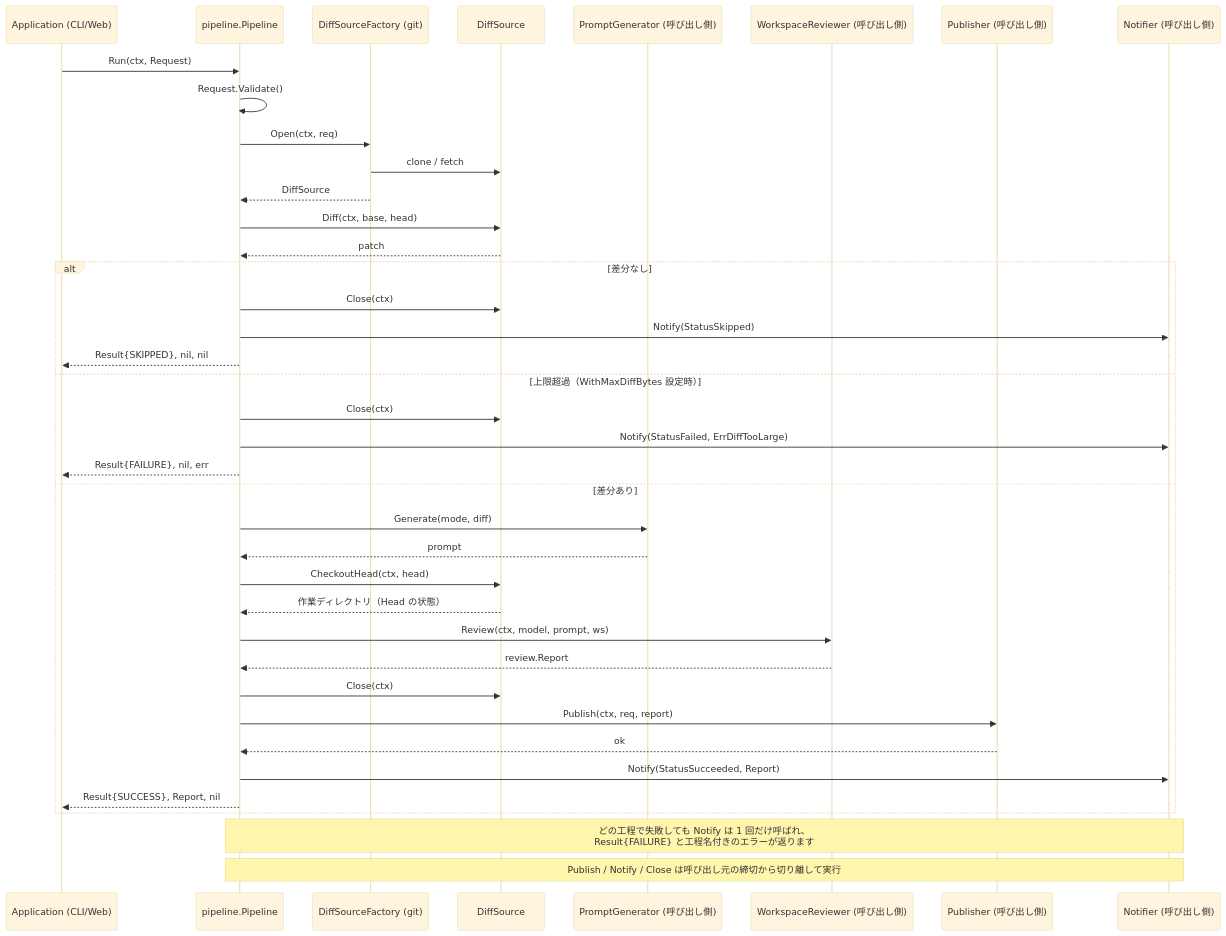
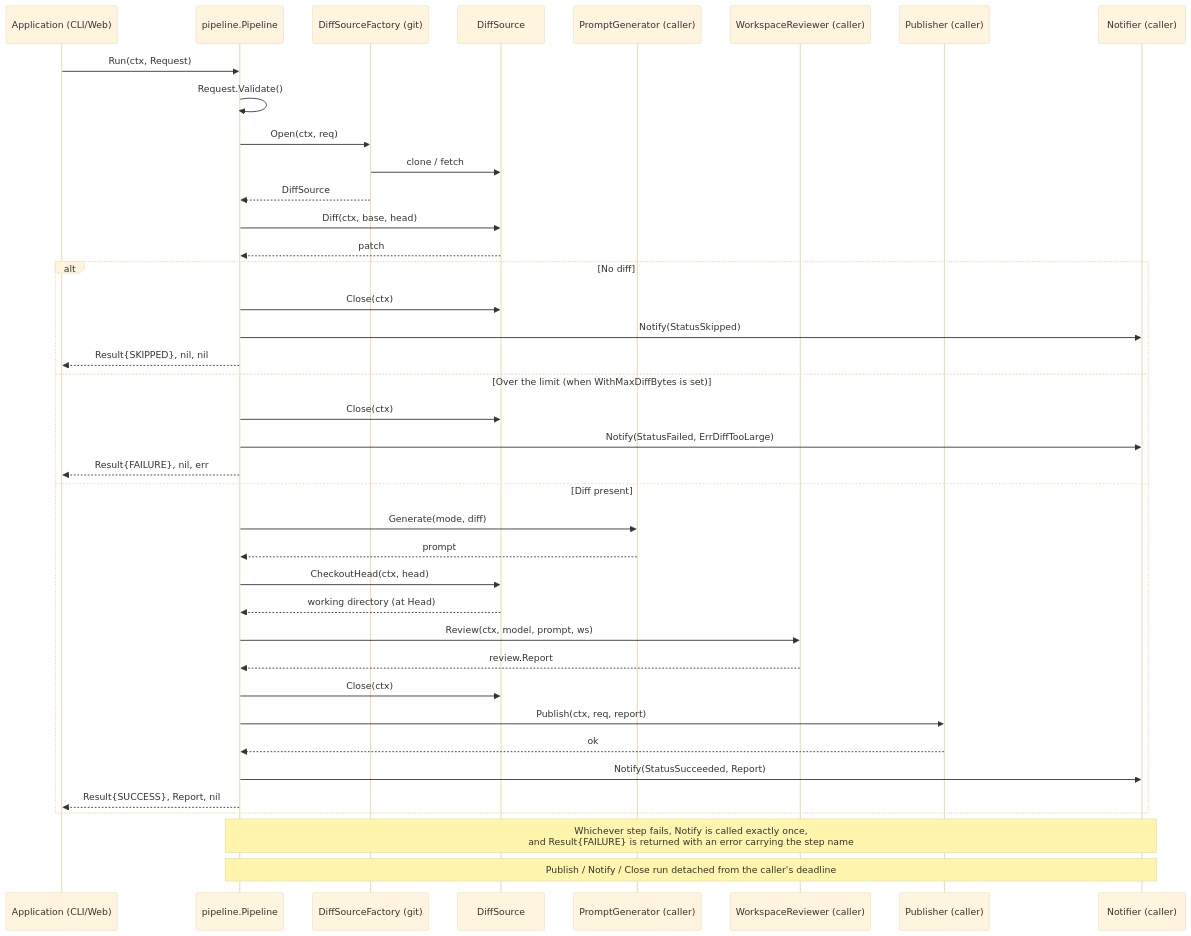
One commit to shouni/go-review-kit changed the diagram in README.md. Above: the diagram before and after it, drawn with Mermaid (base theme). The commit also changed other lines of this file and 37 other files, not shown here.

````diff
--- a/README.md
+++ b/README.md
@@ -136,46 +145,46 @@
 ```mermaid
 sequenceDiagram
     participant App as Application (CLI/Web)
     participant PL as pipeline.Pipeline
     participant SF as DiffSourceFactory (git)
     participant DS as DiffSource
-    participant PG as PromptGenerator (呼び出し側)
-    participant AI as WorkspaceReviewer (呼び出し側)
-    participant PB as Publisher (呼び出し側)
-    participant NT as Notifier (呼び出し側)
+    participant PG as PromptGenerator (caller)
+    participant AI as WorkspaceReviewer (caller)
+    participant PB as Publisher (caller)
+    participant NT as Notifier (caller)
 
     App->>PL: Run(ctx, Request)
     PL->>PL: Request.Validate()
     PL->>SF: Open(ctx, req)
     SF->>DS: clone / fetch
     SF-->>PL: DiffSource
     PL->>DS: Diff(ctx, base, head)
     DS-->>PL: patch
 
-    alt 差分なし
+    alt No diff
         PL->>DS: Close(ctx)
         PL->>NT: Notify(StatusSkipped)
         PL-->>App: Result{SKIPPED}, nil, nil
-    else 上限超過（WithMaxDiffBytes 設定時）
+    else Over the limit (when WithMaxDiffBytes is set)
         PL->>DS: Close(ctx)
         PL->>NT: Notify(StatusFailed, ErrDiffTooLarge)
         PL-->>App: Result{FAILURE}, nil, err
-    else 差分あり
+    else Diff present
         PL->>PG: Generate(mode, diff)
         PG-->>PL: prompt
 
         PL->>DS: CheckoutHead(ctx, head)
-        DS-->>PL: 作業ディレクトリ（Head の状態）
+        DS-->>PL: working directory (at Head)
         PL->>AI: Review(ctx, model, prompt, ws)
         AI-->>PL: review.Report
         PL->>DS: Close(ctx)
 
         PL->>PB: Publish(ctx, req, report)
         PB-->>PL: ok
         PL->>NT: Notify(StatusSucceeded, Report)
         PL-->>App: Result{SUCCESS}, Report, nil
     end
 
-    Note over PL,NT: どの工程で失敗しても Notify は 1 回だけ呼ばれ、<br/>Result{FAILURE} と工程名付きのエラーが返ります
-    Note over PL,NT: Publish / Notify / Close は呼び出し元の締切から切り離して実行
+    Note over PL,NT: Whichever step fails, Notify is called exactly once,<br/>and Result{FAILURE} is returned with an error carrying the step name
+    Note over PL,NT: Publish / Notify / Close run detached from the caller's deadline
 ```
````
